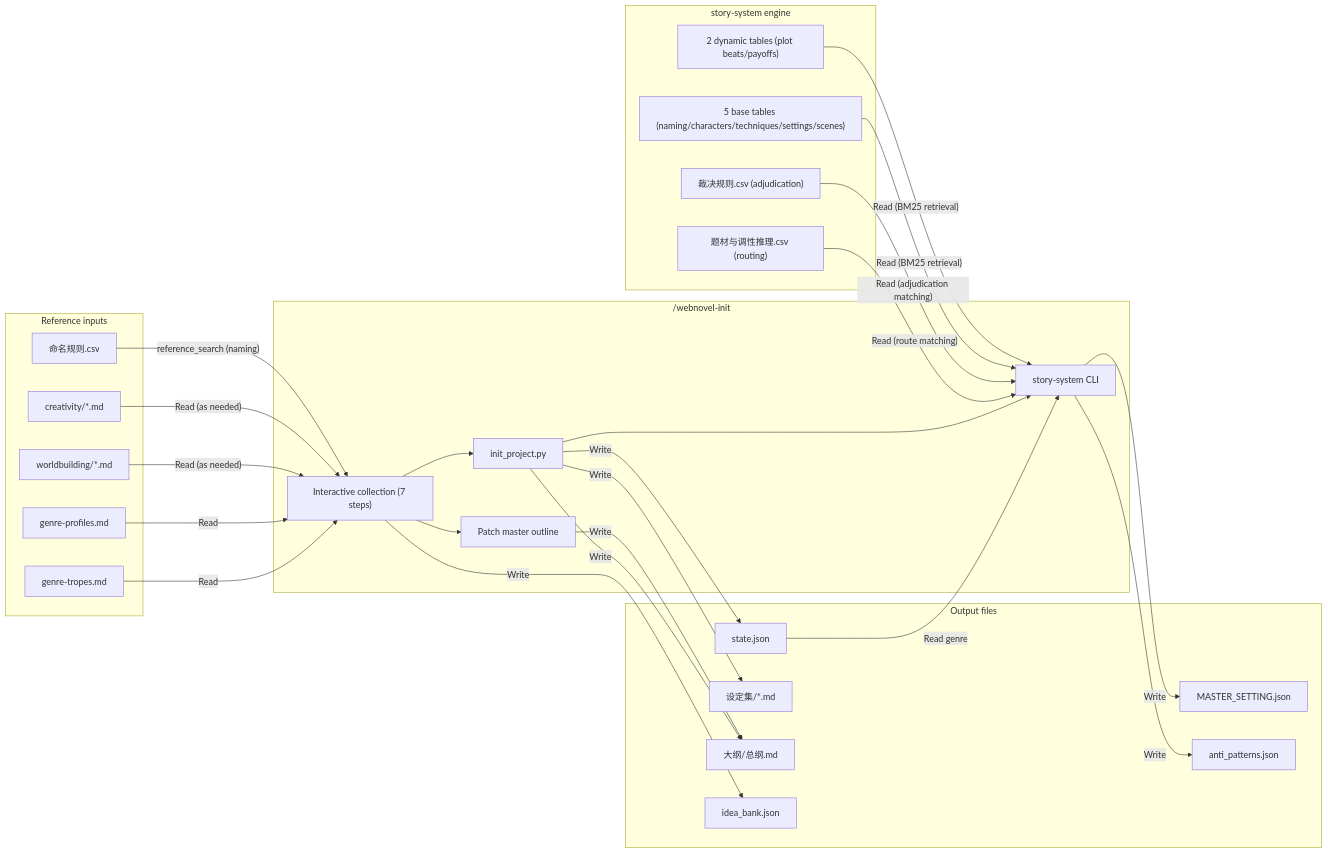
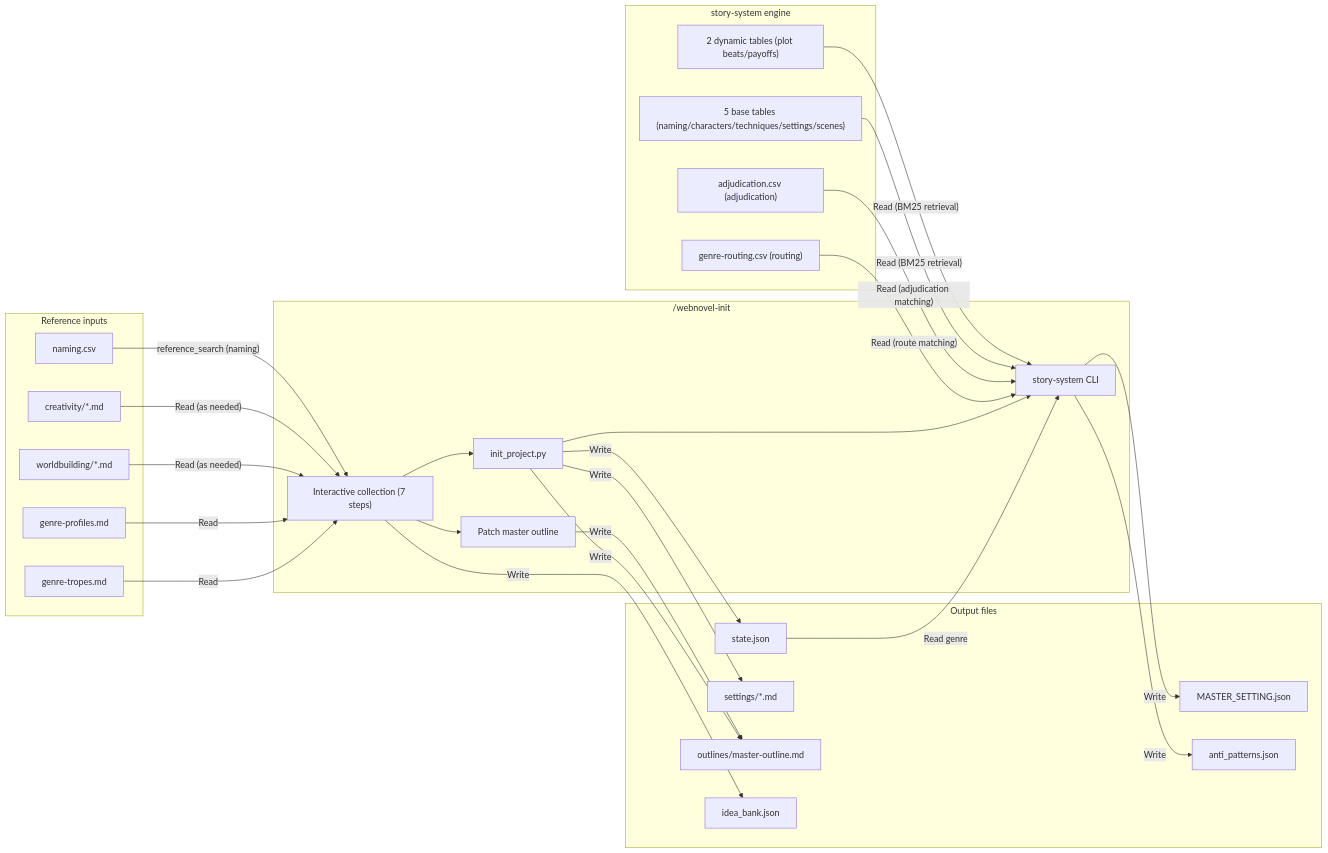
The second of 6 diagrams in docs/archive/architecture/system-architecture.md (ntense-ai/webnovel-writer), drawn with Mermaid before and after one commit. The commit also changed other lines of this file and 427 other files, not shown here.

Commit message:
Release 6.3.0 with English-only project schemas and source

````diff
--- a/docs/archive/architecture/system-architecture.md
+++ b/docs/archive/architecture/system-architecture.md
@@ -53,57 +53,57 @@
 ```mermaid
 graph LR
     subgraph INIT["/webnovel-init"]
         I1["Interactive collection (7 steps)"]
         I2["init_project.py"]
         I3["Patch master outline"]
         I4["story-system CLI"]
     end
 
     subgraph STORE_INIT["Output files"]
         S_STATE["state.json"]
-        S_SETTING["设定集/*.md"]
-        S_OUTLINE["大纲/总纲.md"]
+        S_SETTING["settings/*.md"]
+        S_OUTLINE["outlines/master-outline.md"]
         S_IDEA["idea_bank.json"]
         S_MASTER["MASTER_SETTING.json"]
         S_ANTI["anti_patterns.json"]
     end
 
     subgraph REF_INIT["Reference inputs"]
         R_GENRE_TROPES["genre-tropes.md"]
         R_GENRE_PROFILE["genre-profiles.md"]
         R_WORLD["worldbuilding/*.md"]
         R_CREATIVE["creativity/*.md"]
-        R_CSV_NAME["命名规则.csv"]
+        R_CSV_NAME["naming.csv"]
     end
 
     R_GENRE_TROPES -->|"Read"| I1
     R_GENRE_PROFILE -->|"Read"| I1
     R_WORLD -->|"Read (as needed)"| I1
     R_CREATIVE -->|"Read (as needed)"| I1
     R_CSV_NAME -->|"reference_search (naming)"| I1
 
     I1 --> I2
     I2 -->|"Write"| S_STATE
     I2 -->|"Write"| S_SETTING
     I2 -->|"Write"| S_OUTLINE
     I1 --> I3
     I3 -->|"Write"| S_OUTLINE
     I1 -->|"Write"| S_IDEA
 
     I2 --> I4
     S_STATE -->|"Read genre"| I4
     I4 -->|"Write"| S_MASTER
     I4 -->|"Write"| S_ANTI
 
     subgraph CSV_ENGINE["story-system engine"]
-        CSV_ROUTE["题材与调性推理.csv (routing)"]
-        CSV_REASON["裁决规则.csv (adjudication)"]
+        CSV_ROUTE["genre-routing.csv (routing)"]
+        CSV_REASON["adjudication.csv (adjudication)"]
         CSV_BASE["5 base tables (naming/characters/techniques/settings/scenes)"]
         CSV_DYN["2 dynamic tables (plot beats/payoffs)"]
     end
 
     CSV_ROUTE -->|"Read (route matching)"| I4
     CSV_REASON -->|"Read (adjudication matching)"| I4
     CSV_BASE -->|"Read (BM25 retrieval)"| I4
     CSV_DYN -->|"Read (BM25 retrieval)"| I4
 ```
````
